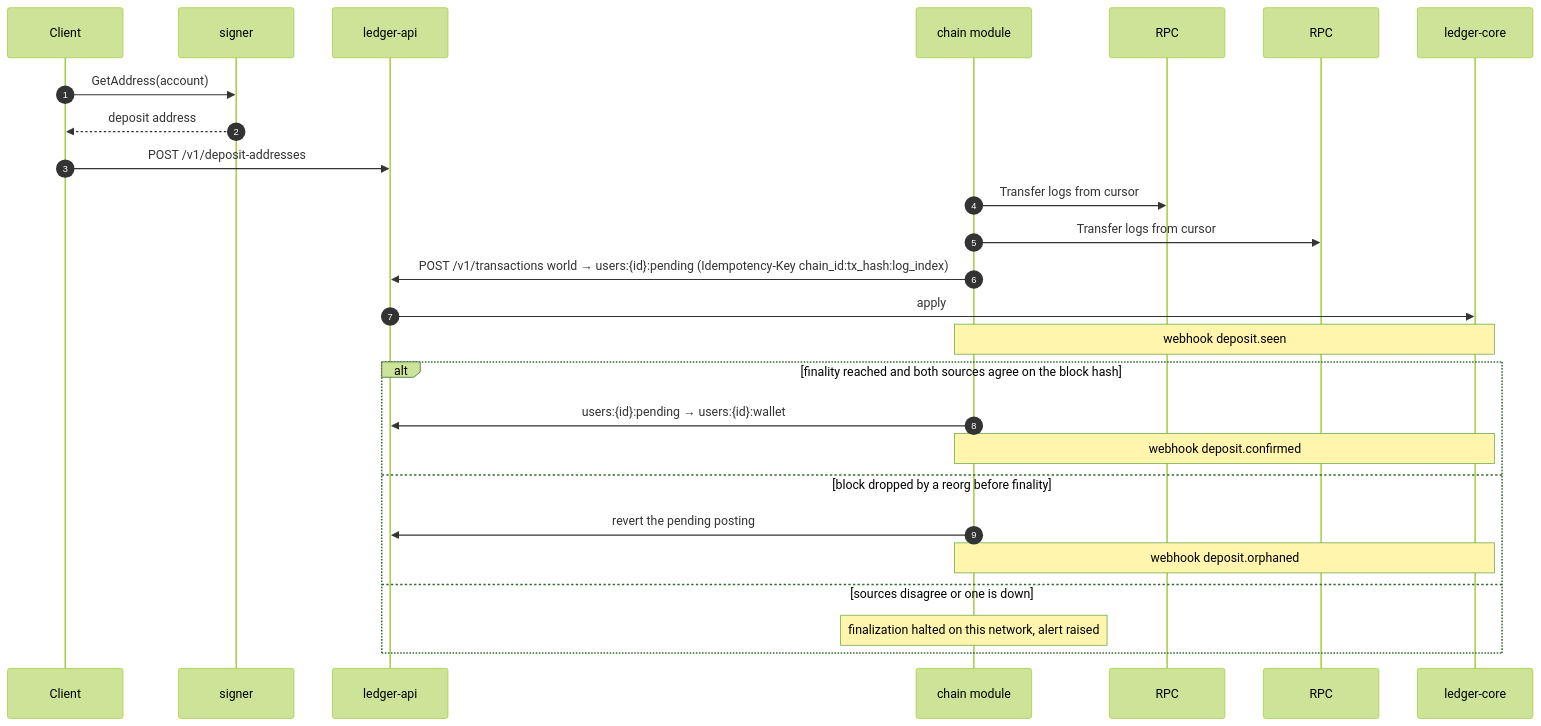
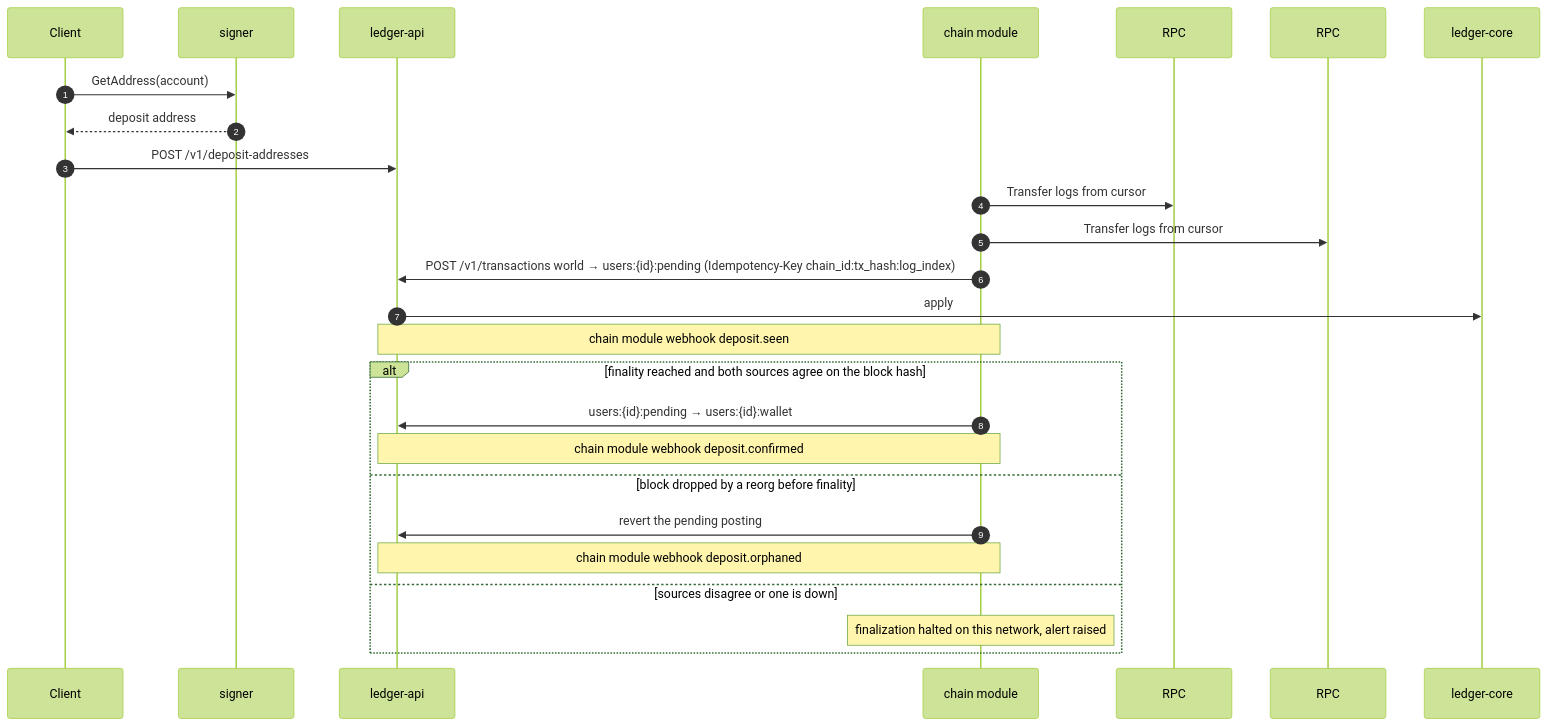
One commit to Next-Vector/stablecoin-ledger changed the second of 5 diagrams in docs/architecture.md. Above: the diagram before and after it, drawn with Mermaid (forest theme). The commit also changed other lines of this file and 8 other files, not shown here.

````diff
--- a/docs/architecture.md
+++ b/docs/architecture.md
@@ -64,29 +64,29 @@
 ```mermaid
 sequenceDiagram
     autonumber
     participant C as Client
     participant S as signer
     participant A as ledger-api
     participant W as chain module
     participant R1 as RPC #1
     participant R2 as RPC #2
     participant L as ledger-core
 
     C->>S: GetAddress(account)
     S-->>C: deposit address
     C->>A: POST /v1/deposit-addresses
     W->>R1: Transfer logs from cursor
     W->>R2: Transfer logs from cursor
     W->>A: POST /v1/transactions world → users:{id}:pending (Idempotency-Key chain_id:tx_hash:log_index)
     A->>L: apply
-    Note over W,L: webhook deposit.seen
+    Note over W,A: chain module webhook deposit.seen
     alt finality reached and both sources agree on the block hash
         W->>A: users:{id}:pending → users:{id}:wallet
-        Note over W,L: webhook deposit.confirmed
+        Note over W,A: chain module webhook deposit.confirmed
     else block dropped by a reorg before finality
         W->>A: revert the pending posting
-        Note over W,L: webhook deposit.orphaned
+        Note over W,A: chain module webhook deposit.orphaned
     else sources disagree or one is down
         Note over W: finalization halted on this network, alert raised
     end
 ```
````
